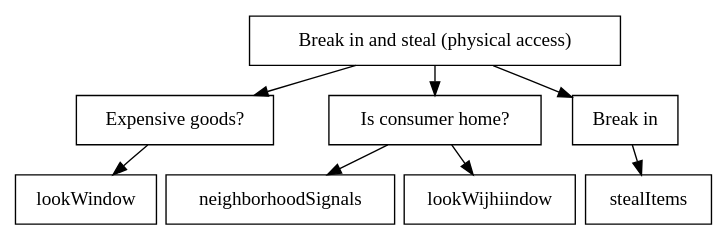
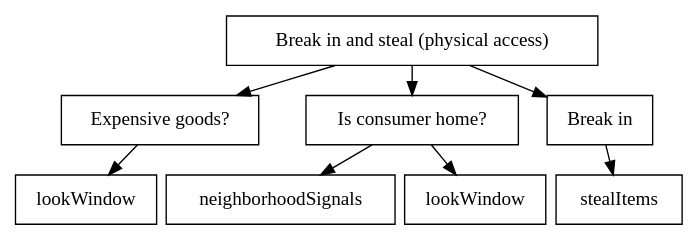
Before and after one commit to des904e15/report: the diagram in figures/graphviz/burglarPhysical.dot, drawn with Graphviz. The commit also changed 15 other files, not shown here.

```diff
--- a/figures/graphviz/burglarPhysical.dot
+++ b/figures/graphviz/burglarPhysical.dot
@@ -1,22 +1,22 @@
 digraph G {
 
 graph[ center=true, margin=0.2, nodesep=0.1, ranksep=0.3]
 node[ shape=rectangle]
 
 root [label="Break in and steal (physical access)", shape=AND];
 goodstuff [label="Expensive goods?"];
 atHome [label="Is consumer home?",shape=OR];
 breakIn [label="Break in"];
 
 root -> goodstuff;
 goodstuff->lookWindow;
 
 root -> atHome;
 atHome -> neighborhoodSignals;
-lookWindow2[label="lookWijhiindow"];
+lookWindow2[label="lookWindow"];
 atHome -> lookWindow2;
 
 breakIn;
 root ->	breakIn;
 breakIn -> stealItems;
 }
```
